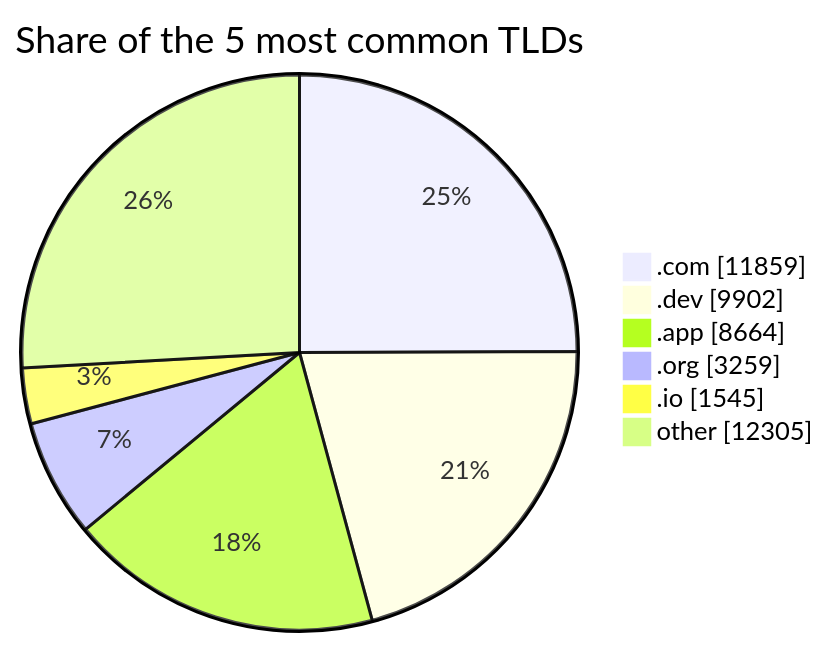
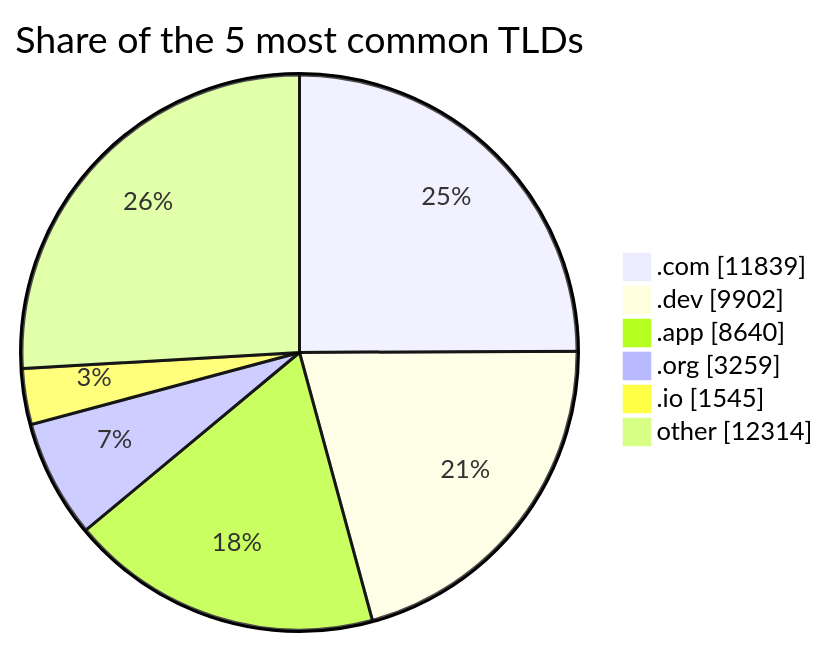
The third of 3 diagrams in README.md (DNSBunker/CTI), drawn with Mermaid before and after one commit. The commit also changed other lines of this file and 3 other files, not shown here.

````diff
--- a/README.md
+++ b/README.md
@@ -81,9 +81,9 @@
 ```mermaid
 pie showData title Share of the 5 most common TLDs
-    ".com" : 11859
+    ".com" : 11839
     ".dev" : 9902
-    ".app" : 8664
+    ".app" : 8640
     ".org" : 3259
     ".io" : 1545
-    "other" : 12305
+    "other" : 12314
 ```
````
